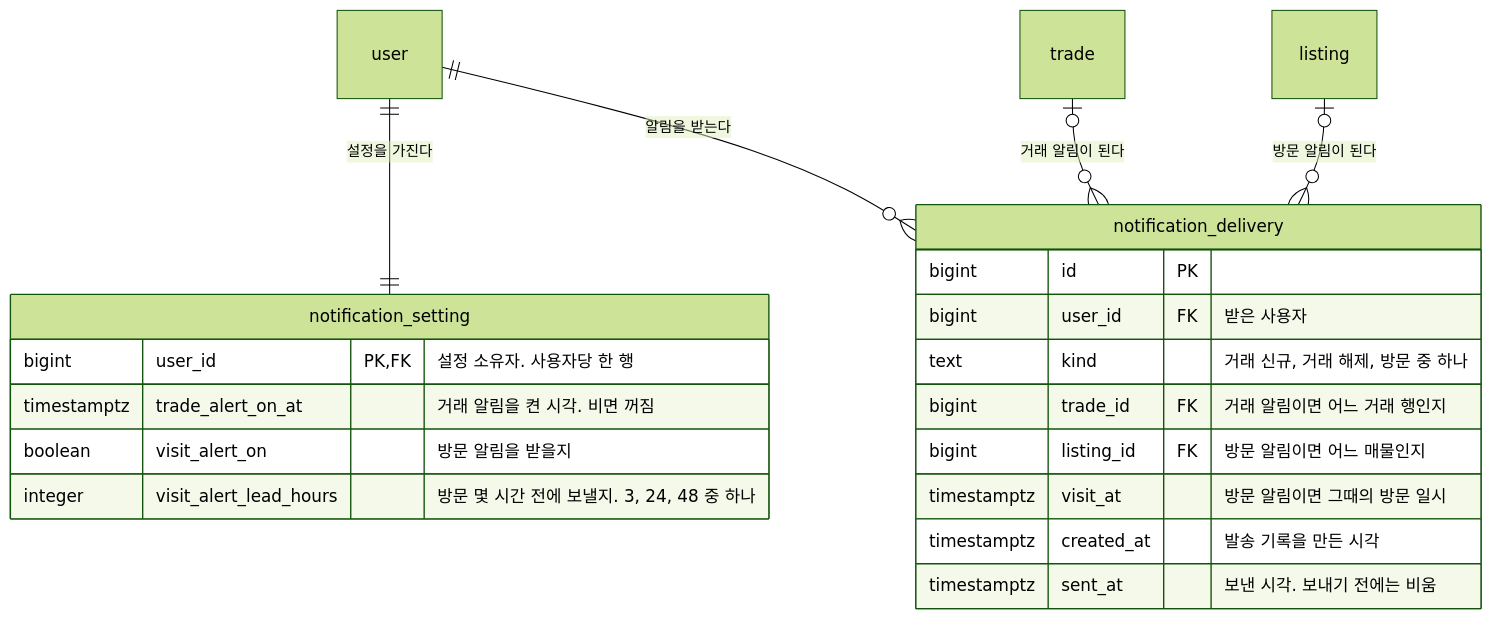
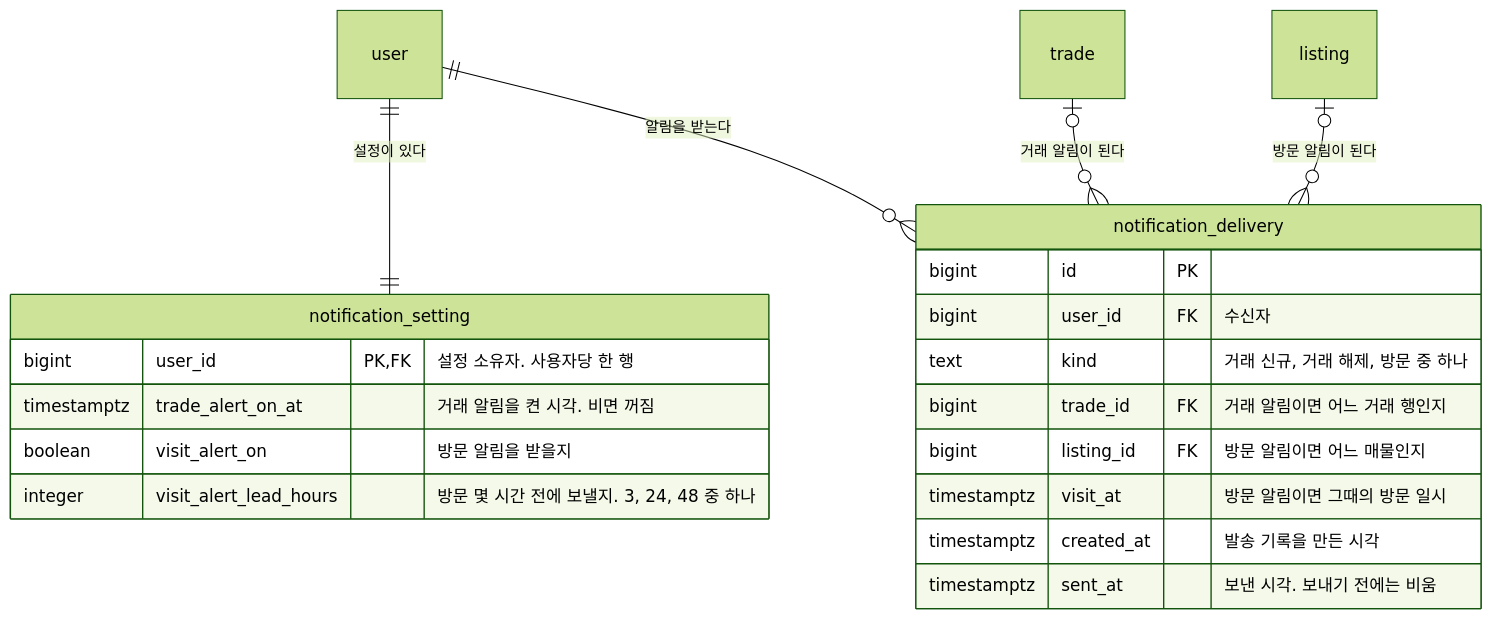
Before and after one commit to Park-Seung-Hun/real-estate: the fourth of 4 diagrams in docs/architecture/data-model.md, drawn with Mermaid (forest theme). The commit also changed other lines of this file and 22 other files, not shown here.

````diff
--- a/docs/architecture/data-model.md
+++ b/docs/architecture/data-model.md
@@ -473,23 +479,23 @@
 ```mermaid
 erDiagram
   notification_setting {
     bigint user_id PK, FK "설정 소유자. 사용자당 한 행"
     timestamptz trade_alert_on_at "거래 알림을 켠 시각. 비면 꺼짐"
     boolean visit_alert_on "방문 알림을 받을지"
     integer visit_alert_lead_hours "방문 몇 시간 전에 보낼지. 3, 24, 48 중 하나"
   }
   notification_delivery {
     bigint id PK
-    bigint user_id FK "받은 사용자"
+    bigint user_id FK "수신자"
     text kind "거래 신규, 거래 해제, 방문 중 하나"
     bigint trade_id FK "거래 알림이면 어느 거래 행인지"
     bigint listing_id FK "방문 알림이면 어느 매물인지"
     timestamptz visit_at "방문 알림이면 그때의 방문 일시"
     timestamptz created_at "발송 기록을 만든 시각"
     timestamptz sent_at "보낸 시각. 보내기 전에는 비움"
   }
-  user ||--|| notification_setting : "설정을 가진다"
+  user ||--|| notification_setting : "설정이 있다"
   user ||--o{ notification_delivery : "알림을 받는다"
   trade |o--o{ notification_delivery : "거래 알림이 된다"
   listing |o--o{ notification_delivery : "방문 알림이 된다"
 ```
````
